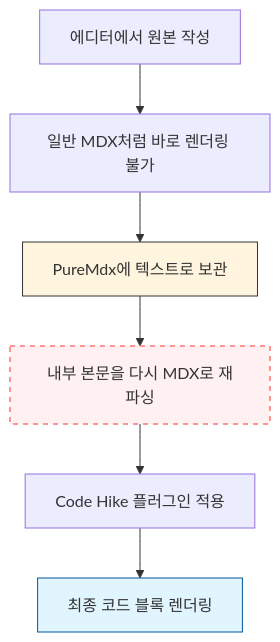
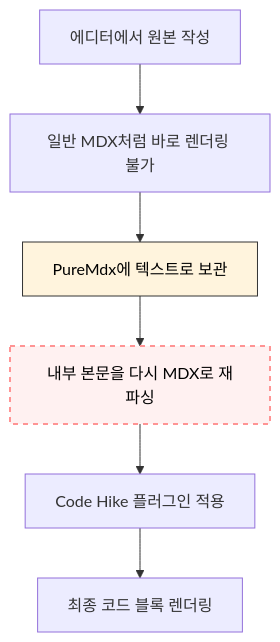
Before and after one commit to bh2980/bh2980_blog: the first of 3 diagrams in src/contents/posts/코드-블럭에-툴팁을-띄우고-싶었을-뿐인데.mdx, drawn with Mermaid. The commit also changed other lines of this file and 1 other file, not shown here.

Commit message:
Docs/mermaid dark (#115)

````diff
--- a/src/contents/posts/코드-블럭에-툴팁을-띄우고-싶었을-뿐인데.mdx
+++ b/src/contents/posts/코드-블럭에-툴팁을-띄우고-싶었을-뿐인데.mdx
@@ -58,12 +58,11 @@
 ```mermaid
 flowchart TD
     A["에디터에서 원본 작성"] --> B["일반 MDX처럼 바로 렌더링 불가"]
     B --> C["PureMdx에 텍스트로 보관"]
     C --> D["내부 본문을 다시 MDX로 재파싱"]
     D --> E["Code Hike 플러그인 적용"]
     E --> F["최종 코드 블록 렌더링"]
 
-    style C fill:#fff4dd,stroke:#333
-    style D fill:#fff1f1,stroke:#ff9494,stroke-width:2px,stroke-dasharray: 5 5
-    style F fill:#e1f5fe,stroke:#01579b
+    style C fill:#fff4dd,stroke:#333,color:#000
+    style D fill:#fff1f1,stroke:#ff9494,stroke-width:2px,stroke-dasharray: 5 5,color:#000
 ```
````
